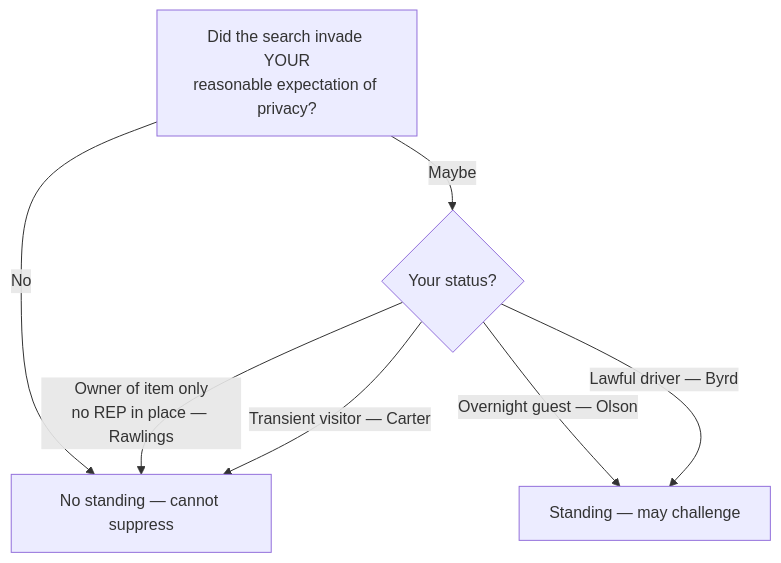
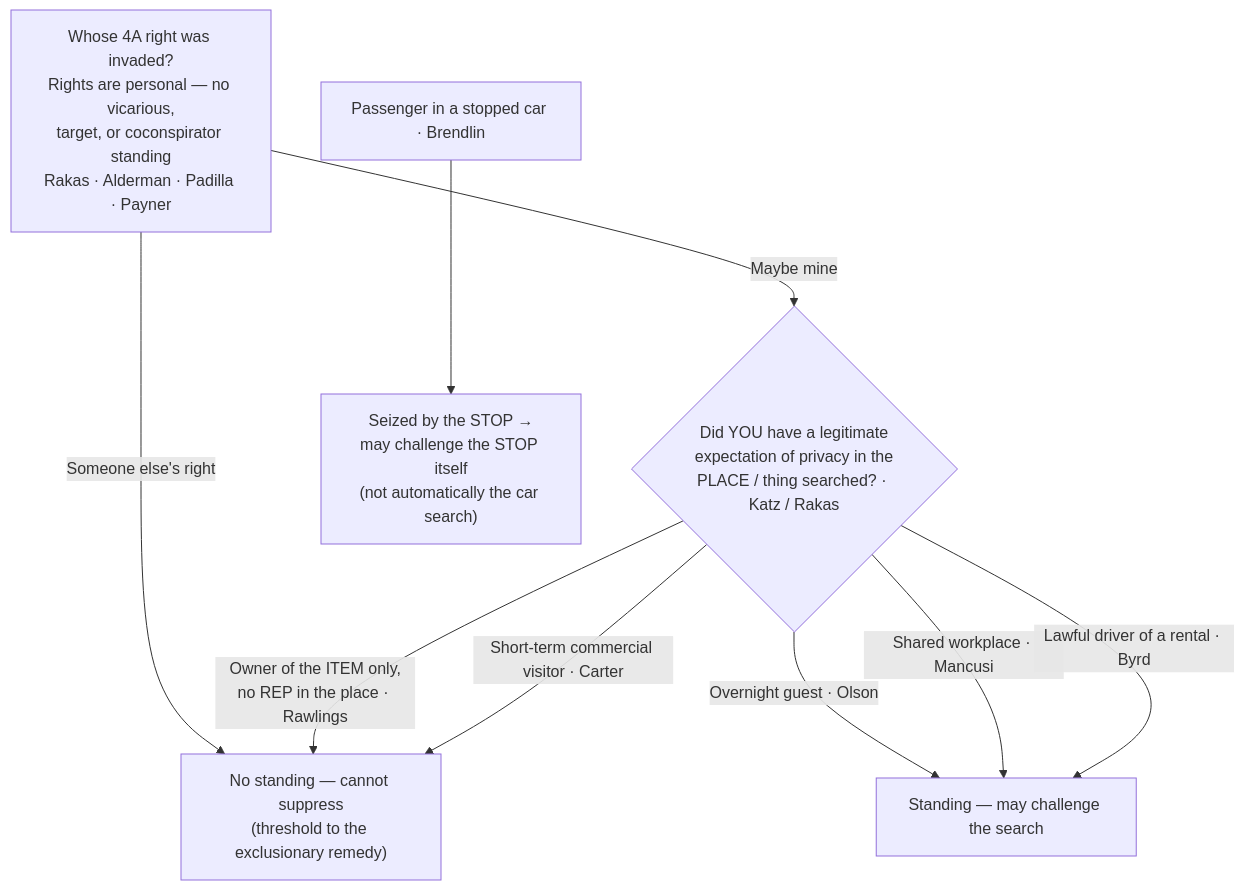
The diagram in content/8-exclusionary-rule-remedies/Standing to Challenge a Search.md (Enragedsaturday/cssi), drawn with Mermaid before and after one commit. The commit also changed other lines of this file and 4 other files, not shown here.

````diff
--- a/content/8-exclusionary-rule-remedies/Standing to Challenge a Search.md
+++ b/content/8-exclusionary-rule-remedies/Standing to Challenge a Search.md
@@ -79,9 +85,11 @@
 ```mermaid
 flowchart TD
-  A[Did the search invade YOUR<br/>reasonable expectation of privacy?] -->|No| N[No standing — cannot suppress]
-  A -->|Maybe| B{Your status?}
-  B -->|Owner of item only<br/>no REP in place — Rawlings| N
-  B -->|Overnight guest — Olson| Y[Standing — may challenge]
-  B -->|Transient visitor — Carter| N
-  B -->|Lawful driver — Byrd| Y
+  A["Whose 4A right was invaded?<br/>Rights are personal — no vicarious,<br/>target, or coconspirator standing<br/>Rakas · Alderman · Padilla · Payner"] -->|"Someone else's right"| N["No standing — cannot suppress<br/>(threshold to the exclusionary remedy)"]
+  A -->|"Maybe mine"| B{"Did YOU have a legitimate<br/>expectation of privacy in the<br/>PLACE / thing searched? · Katz / Rakas"}
+  B -->|"Owner of the ITEM only,<br/>no REP in the place · Rawlings"| N
+  B -->|"Overnight guest · Olson"| Y["Standing — may challenge the search"]
+  B -->|"Short-term commercial visitor · Carter"| N
+  B -->|"Shared workplace · Mancusi"| Y
+  B -->|"Lawful driver of a rental · Byrd"| Y
+  P["Passenger in a stopped car · Brendlin"] --> S["Seized by the STOP →<br/>may challenge the STOP itself<br/>(not automatically the car search)"]
 ```
````
